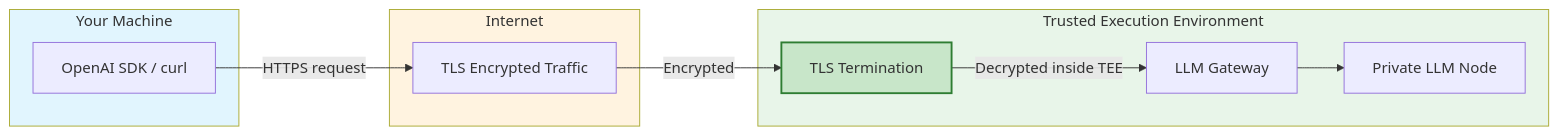
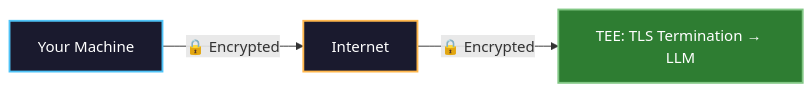
The diagram in docs/cloud/private-inference.mdx (nearai/docs), drawn with Mermaid before and after one commit.

Commit message:
docs: simplify TLS encryption diagram

````diff
--- a/docs/cloud/private-inference.mdx
+++ b/docs/cloud/private-inference.mdx
@@ -85,26 +85,8 @@
 ```mermaid
 flowchart LR
-    subgraph client["Your Machine"]
-        A["OpenAI SDK / curl"]
-    end
+    A["Your Machine"] -->|"🔒 Encrypted"| B["Internet"] -->|"🔒 Encrypted"| C["TEE: TLS Termination → LLM"]
 
-    subgraph network["Internet"]
-        B["TLS Encrypted Traffic"]
-    end
-
-    subgraph tee["Trusted Execution Environment"]
-        C["TLS Termination"]
-        D["LLM Gateway"]
-        E["Private LLM Node"]
-    end
-
-    A -->|"HTTPS request"| B
-    B -->|"Encrypted"| C
-    C -->|"Decrypted inside TEE"| D
-    D --> E
-
-    style client fill:#e1f5fe
-    style network fill:#fff3e0
-    style tee fill:#e8f5e9
-    style C fill:#c8e6c9,stroke:#2e7d32,stroke-width:2px
+    style A fill:#1a1a2e,stroke:#4fc3f7,stroke-width:2px,color:#fff
+    style B fill:#1a1a2e,stroke:#ffb74d,stroke-width:2px,color:#fff
+    style C fill:#2e7d32,stroke:#81c784,stroke-width:2px,color:#fff
 ```
````
